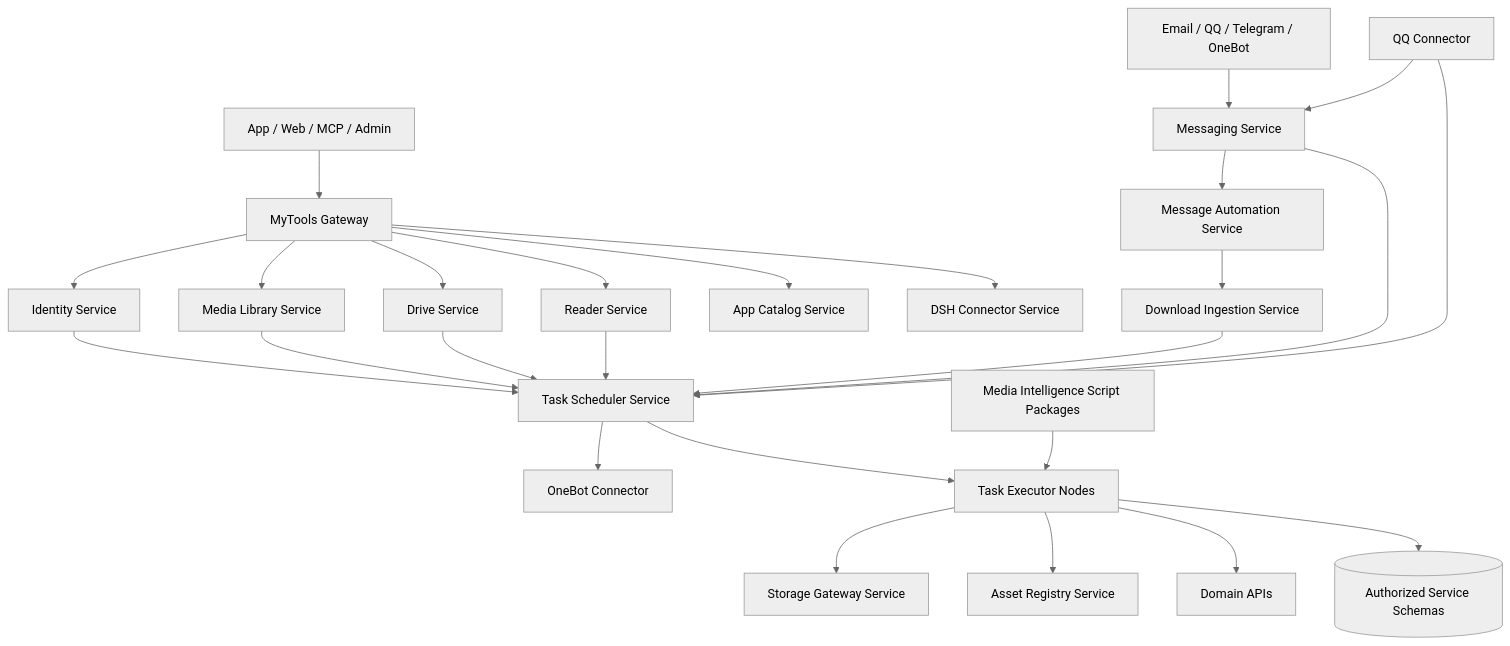
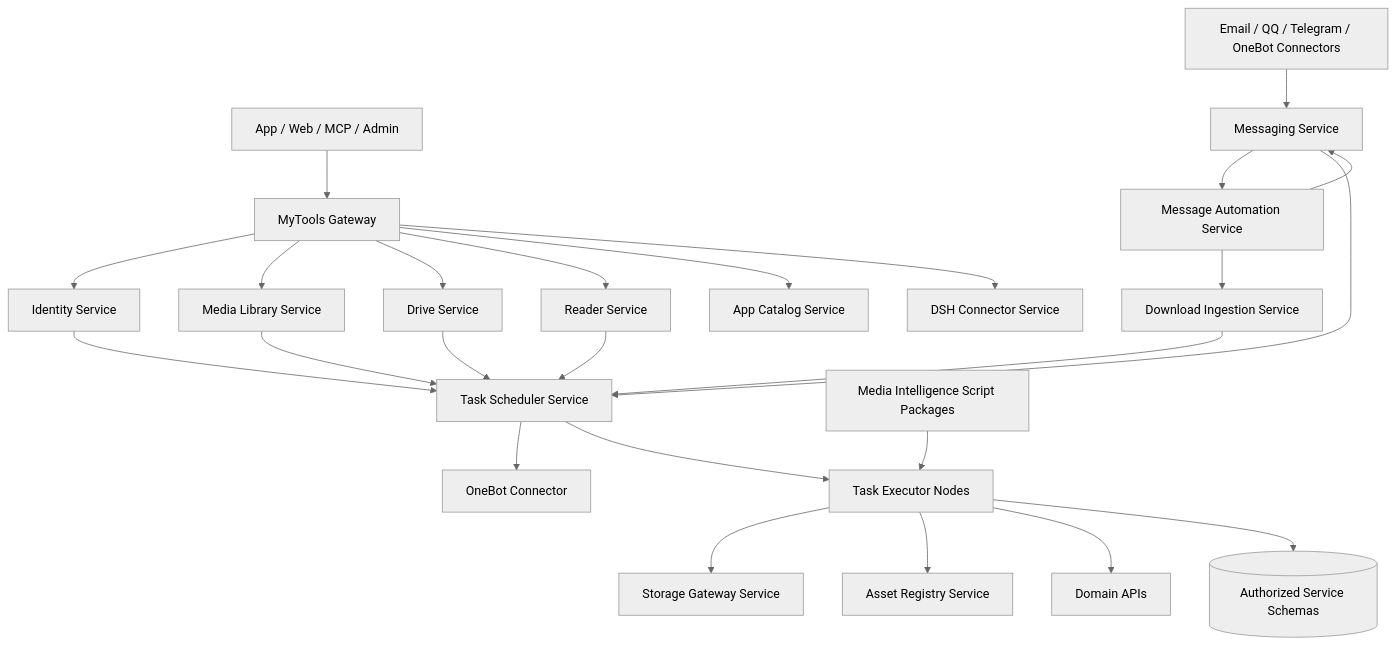
The diagram in service/design/00-overall-architecture.md (panjiankang1992-sudo/MyTools), drawn with Mermaid (neutral theme) before and after one commit. The commit also changed 9 other files, not shown here.

Commit message:
fix(messaging): unify inbound task flow

````diff
--- a/service/design/00-overall-architecture.md
+++ b/service/design/00-overall-architecture.md
@@ -9,28 +9,27 @@
 ```mermaid
 flowchart TB
     C[App / Web / MCP / Admin] --> G[MyTools Gateway]
-    CH[Email / QQ / Telegram / OneBot] --> M[Messaging Service]
-    QQ[QQ Connector] --> M
-    QQ --> TS[Task Scheduler]
+    CH[Email / QQ / Telegram / OneBot Connectors] --> M[Messaging Service]
     TS --> OB[OneBot Connector]
     G --> I[Identity Service]
     G --> ML[Media Library Service]
     G --> D[Drive Service]
     G --> R[Reader Service]
     G --> AC[App Catalog Service]
     G --> DSH[DSH Connector Service]
     M --> A[Message Automation Service]
+    A --> M
     A --> DI[Download Ingestion Service]
     I --> TS[Task Scheduler Service]
     M --> TS
     DI --> TS
     ML --> TS
     D --> TS
     R --> TS
     TS --> TE[Task Executor Nodes]
     TE --> SG[Storage Gateway Service]
     TE --> AR[Asset Registry Service]
     TE --> API[Domain APIs]
     TE --> DB[(Authorized Service Schemas)]
     MI[Media Intelligence Script Packages] --> TE
 ```
````
